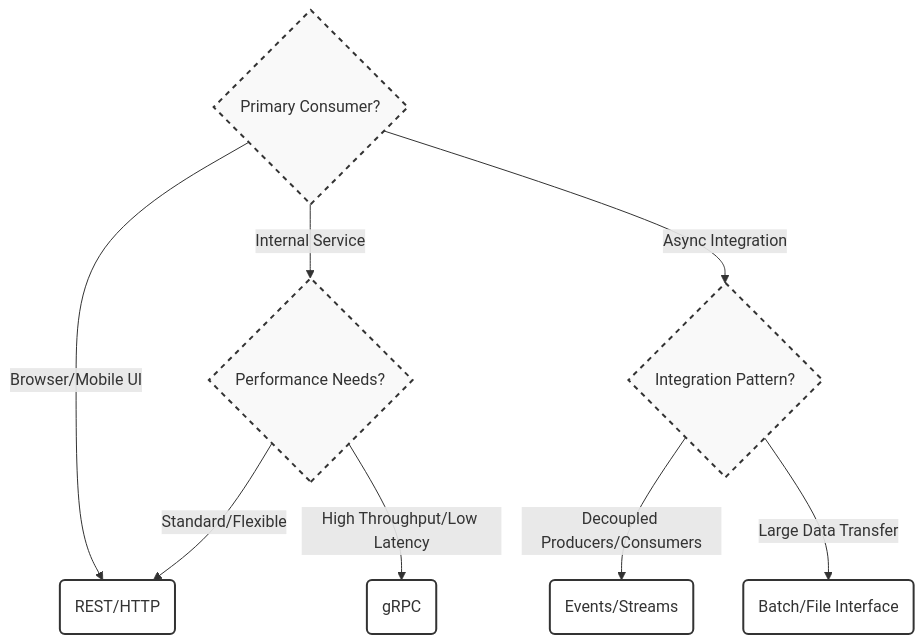
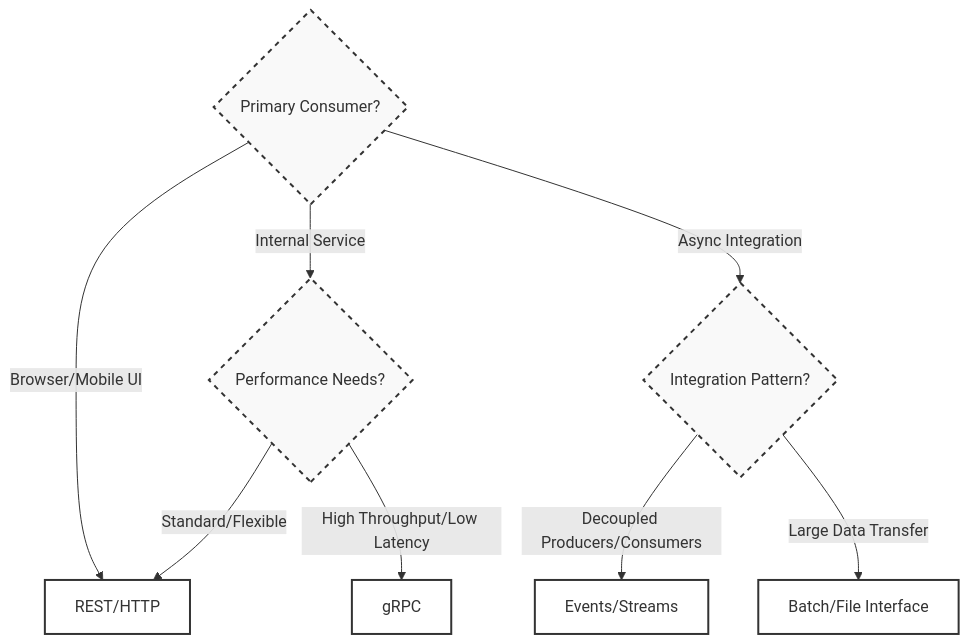
The second of 3 diagrams in docs/foundational-concepts/system-thinking-basics/interfaces-and-contracts.mdx (archman-dev/website), drawn with Mermaid before and after one commit. The commit also changed other lines of this file and 26 other files, not shown here.

````diff
--- a/docs/foundational-concepts/system-thinking-basics/interfaces-and-contracts.mdx
+++ b/docs/foundational-concepts/system-thinking-basics/interfaces-and-contracts.mdx
@@ -54,15 +53,15 @@
 ```mermaid
 flowchart TB
-  A{Primary Consumer?}
-  A -->|Browser/Mobile UI| B(REST/HTTP)
-  A -->|Internal Service| C{Performance Needs?}
-  C -->|High Throughput/Low Latency| D(gRPC)
+  A{"Primary Consumer?"}
+  A -->|Browser/Mobile UI| B["REST/HTTP"]
+  A -->|Internal Service| C{"Performance Needs?"}
+  C -->|High Throughput/Low Latency| D["gRPC"]
   C -->|Standard/Flexible| B
-  A -->|Async Integration| E{Integration Pattern?}
-  E -->|Decoupled Producers/Consumers| F(Events/Streams)
-  E -->|Large Data Transfer| G(Batch/File Interface)
+  A -->|Async Integration| E{"Integration Pattern?"}
+  E -->|Decoupled Producers/Consumers| F["Events/Streams"]
+  E -->|Large Data Transfer| G["Batch/File Interface"]
 
   classDef default fill:#fff,stroke:#333,stroke-width:2px,color:#333;
   classDef choice fill:#f9f9f9,stroke:#333,stroke-width:2px,stroke-dasharray: 5 5,color:#333;
   class A,C,E choice;
 ```
````
